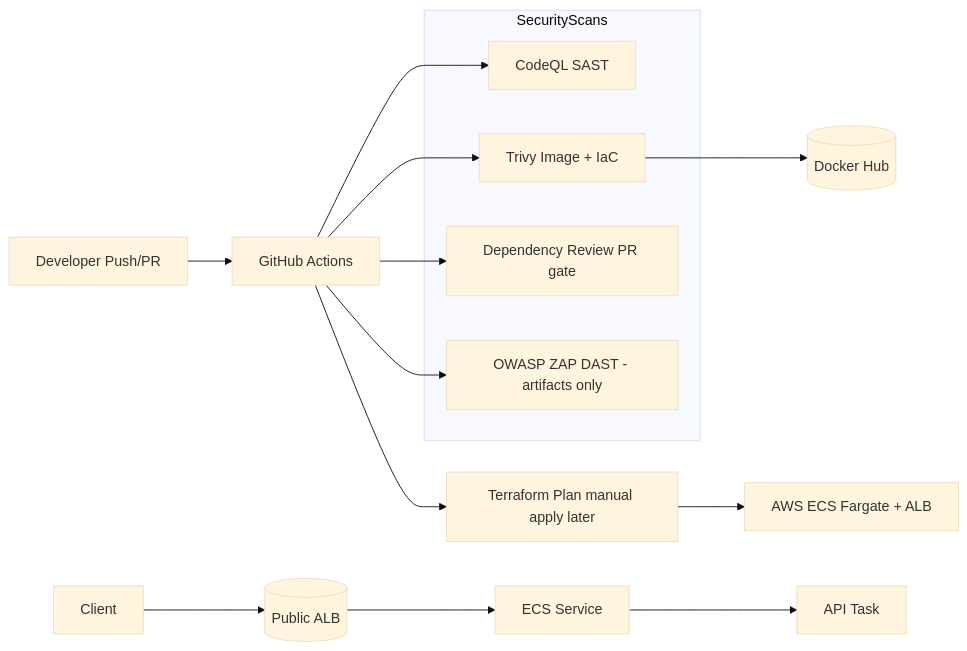
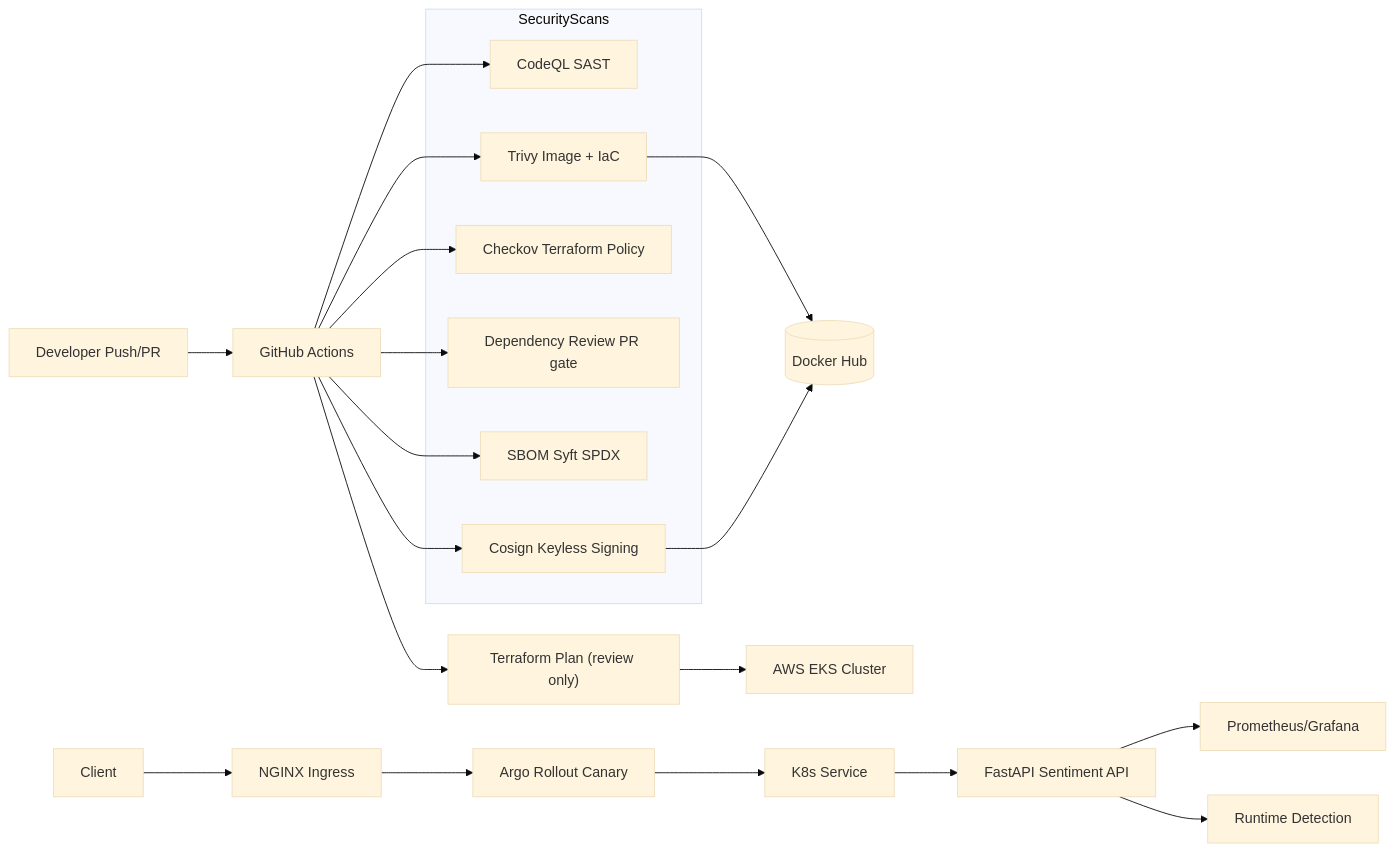
One commit to Diler-M/secure-ml-api changed the diagram in README.md. Above: the diagram before and after it, drawn with Mermaid (base theme). The commit also changed other lines of this file and 4 other files, not shown here.

````diff
--- a/README.md
+++ b/README.md
@@ -18,21 +54,30 @@
 ```mermaid
 flowchart LR
     Dev[Developer Push/PR] --> CI[GitHub Actions]
 
     subgraph SecurityScans
         A[CodeQL SAST]
         B[Trivy Image + IaC]
-        C[Dependency Review PR gate]
-        D[OWASP ZAP DAST - artifacts only]
-    end
+        C[Checkov Terraform Policy]
+        D[Dependency Review PR gate]
+        E[SBOM Syft SPDX]
+        F[Cosign Keyless Signing]
+   end
 
     CI --> A
     CI --> B
     CI --> C
     CI --> D
+    CI --> E
+    CI --> F
+
     B --> REG[(Docker Hub)]
-    CI --> TF[Terraform Plan manual apply later]
-    TF --> AWS[AWS ECS Fargate + ALB]
-    User[Client] --> ALB[(Public ALB)] --> Svc[ECS Service] --> Task[API Task]
+    F --> REG
 
+    CI --> TF["Terraform Plan (review only)"]
+    TF --> AWS[AWS EKS Cluster]
+
+    User[Client] --> Ingress[NGINX Ingress] --> Rollout[Argo Rollout Canary] --> Svc[K8s Service] --> Pod[FastAPI Sentiment API]
+    Pod --> Metrics[Prometheus/Grafana]
+    Pod --> Falco[Runtime Detection]
 ```
````
